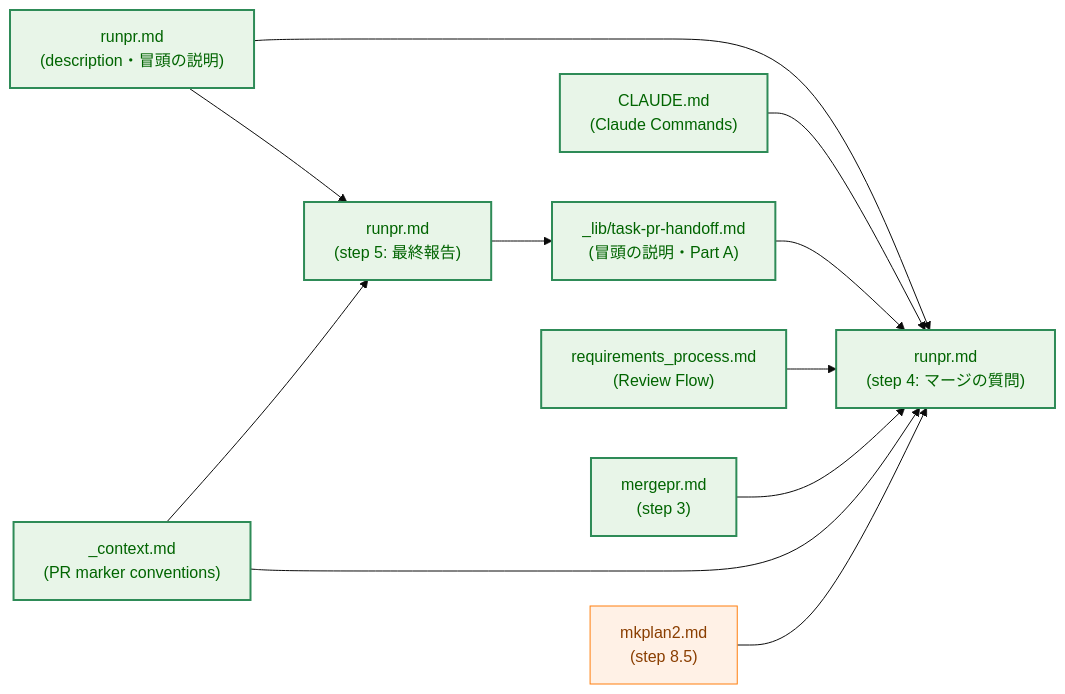
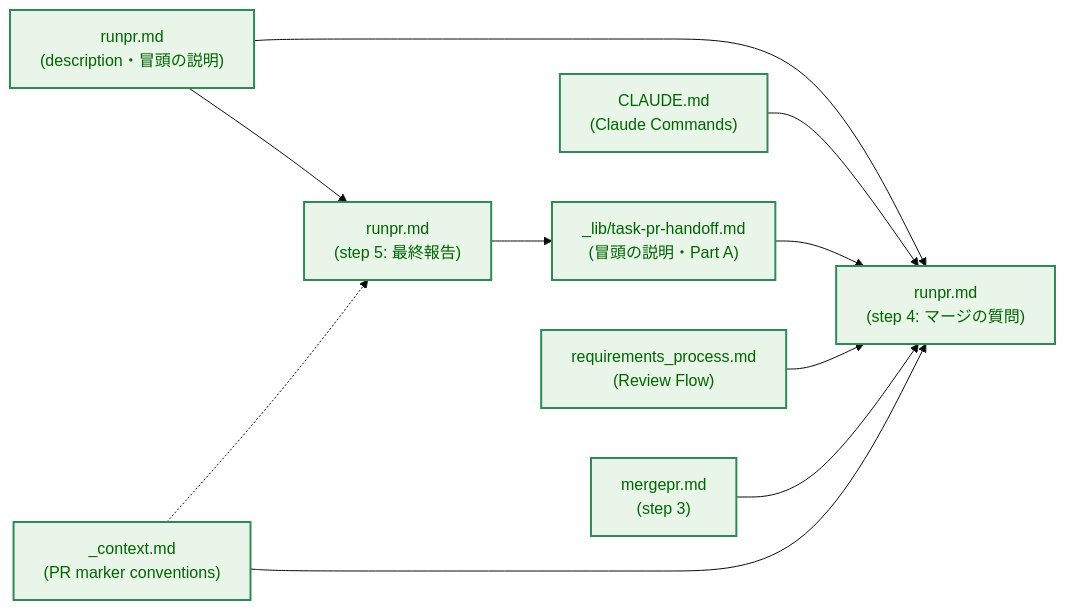
The third of 7 diagrams in docs/tasks/0037_runpr_merge_recommendation/02_architecture.md (isseis/yt2column), drawn with Mermaid (base theme) before and after one commit. The commit also changed other lines of this file, not shown here.

First line of the commit message:
docs(0037): address the architecture review and improve Japanese prose

````diff
--- a/docs/tasks/0037_runpr_merge_recommendation/02_architecture.md
+++ b/docs/tasks/0037_runpr_merge_recommendation/02_architecture.md
@@ -100,29 +104,25 @@
 ```mermaid
 flowchart LR
-    classDef process fill:#fff1e6,stroke:#ff7f0e,stroke-width:1px,color:#8a3e00;
     classDef enhanced fill:#e8f5e8,stroke:#2e8b57,stroke-width:2px,color:#006400;
 
     RPR4["runpr.md<br>(step 4: マージの質問)"]
     RPR5["runpr.md<br>(step 5: 最終報告)"]
     RPRH["runpr.md<br>(description・冒頭の説明)"]
     CLAUDE["CLAUDE.md<br>(Claude Commands)"]
     HAND["_lib/task-pr-handoff.md<br>(冒頭の説明・Part A)"]
     REQP["requirements_process.md<br>(Review Flow)"]
     MRG["mergepr.md<br>(step 3)"]
     CTXM["_context.md<br>(PR marker conventions)"]
-    MK2["mkplan2.md<br>(step 8.5)"]
 
     RPRH --> RPR4
     RPRH --> RPR5
     CLAUDE --> RPR4
     HAND --> RPR4
     REQP --> RPR4
     MRG --> RPR4
     CTXM --> RPR4
-    CTXM --> RPR5
+    CTXM -.-> RPR5
     RPR5 --> HAND
-    MK2 --> RPR4
 
     class RPR4,RPR5,RPRH,CLAUDE,HAND,REQP,MRG,CTXM enhanced
-    class MK2 process
 ```
````
